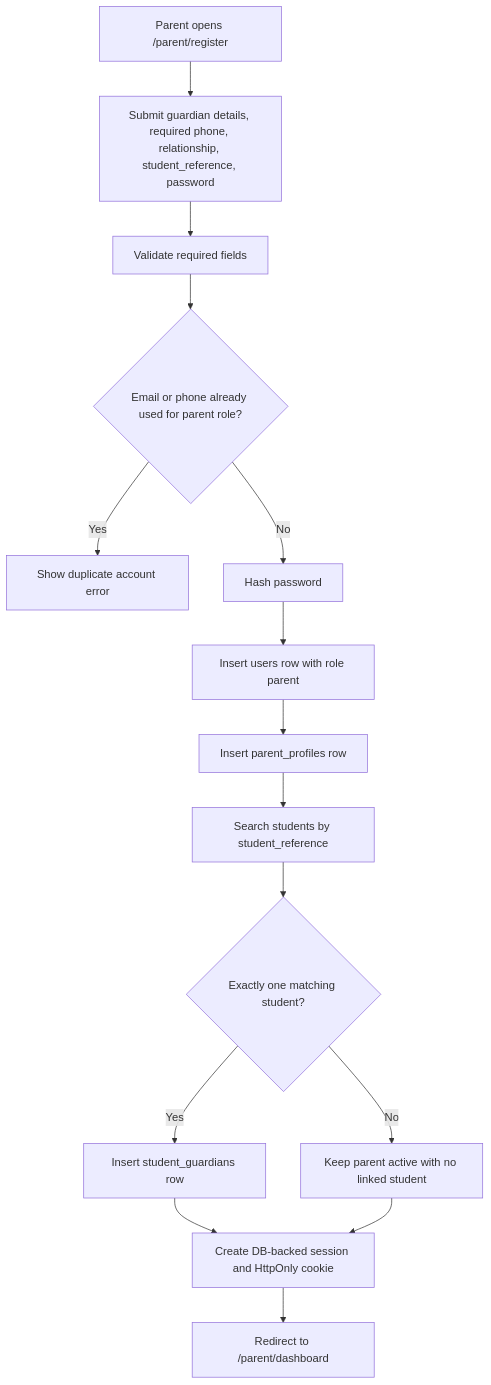
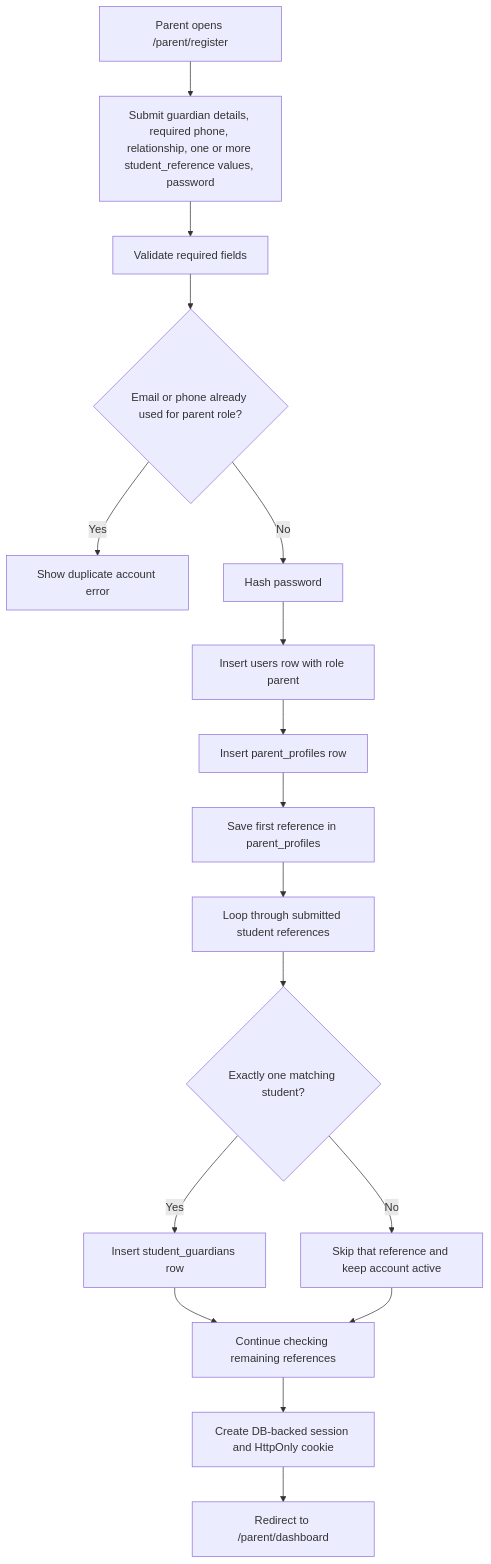
The seventh of 17 diagrams in docs/PROJECT_FLOWCHARTS.md (Xeyn19/xmetapay), drawn with Mermaid before and after one commit. The commit also changed other lines of this file and 18 other files, not shown here.

````diff
--- a/docs/PROJECT_FLOWCHARTS.md
+++ b/docs/PROJECT_FLOWCHARTS.md
@@ -247,17 +247,19 @@
 ```mermaid
 flowchart TD
-  A["Parent opens /parent/register"] --> B["Submit guardian details, required phone, relationship, student_reference, password"]
+  A["Parent opens /parent/register"] --> B["Submit guardian details, required phone, relationship, one or more student_reference values, password"]
   B --> C["Validate required fields"]
   C --> D{"Email or phone already used for parent role?"}
   D -->|Yes| E["Show duplicate account error"]
   D -->|No| F["Hash password"]
   F --> G["Insert users row with role parent"]
   G --> H["Insert parent_profiles row"]
-  H --> I["Search students by student_reference"]
-  I --> J{"Exactly one matching student?"}
-  J -->|Yes| K["Insert student_guardians row"]
-  J -->|No| L["Keep parent active with no linked student"]
-  K --> M["Create DB-backed session and HttpOnly cookie"]
-  L --> M
-  M --> N["Redirect to /parent/dashboard"]
+  H --> I["Save first reference in parent_profiles"]
+  I --> J["Loop through submitted student references"]
+  J --> K{"Exactly one matching student?"}
+  K -->|Yes| L["Insert student_guardians row"]
+  K -->|No| M["Skip that reference and keep account active"]
+  L --> N["Continue checking remaining references"]
+  M --> N
+  N --> O["Create DB-backed session and HttpOnly cookie"]
+  O --> P["Redirect to /parent/dashboard"]
 ```
````
